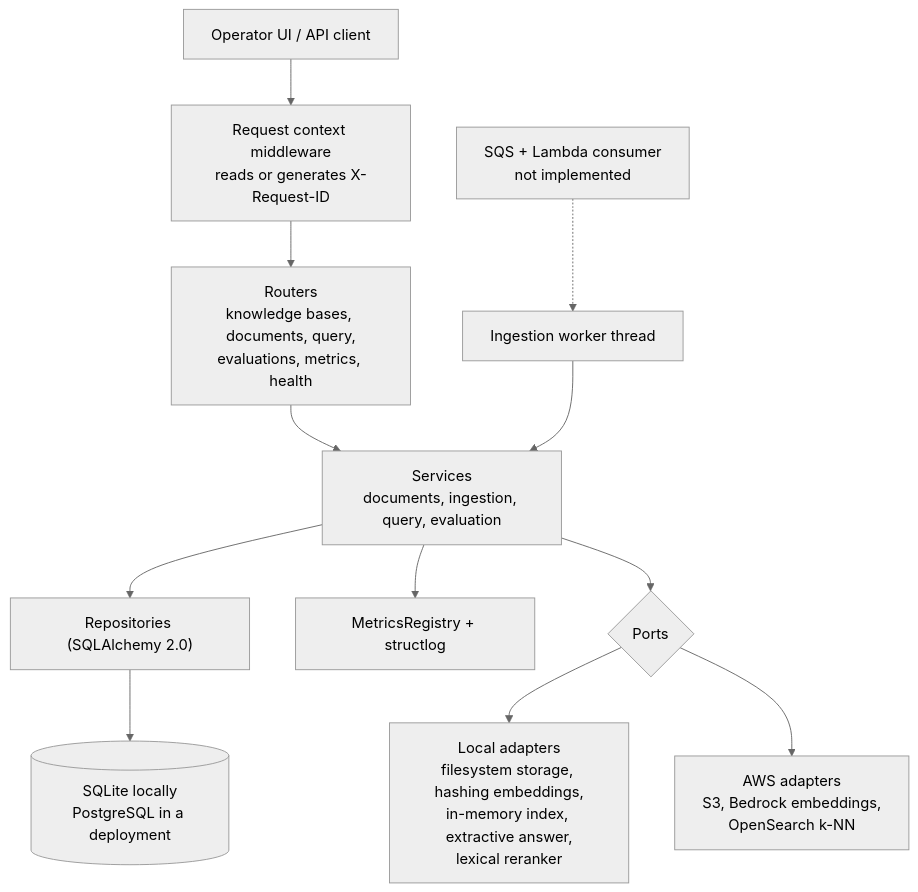
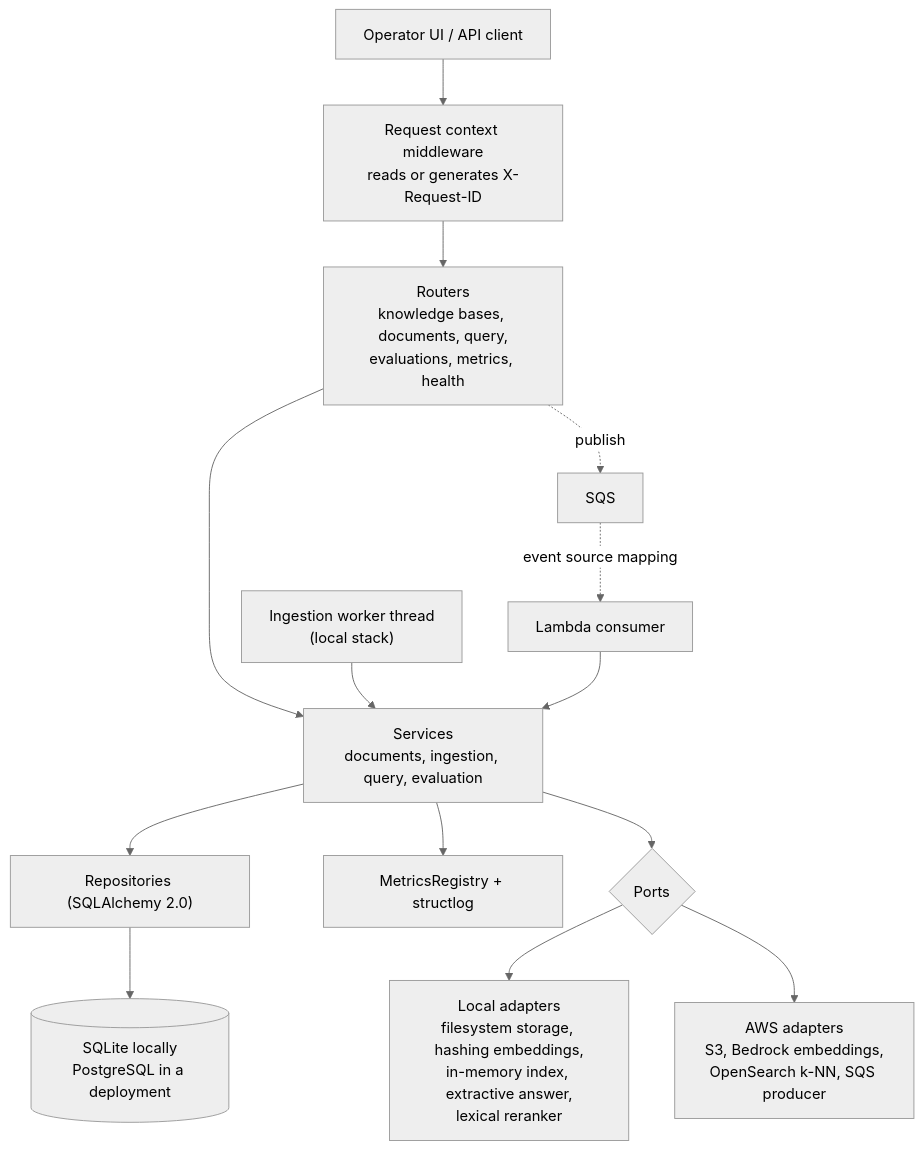
The first of 4 diagrams in README.md (Toy-Chang/Aws-Enterprise-Rag-Platform), drawn with Mermaid (neutral theme) before and after one commit. The commit also changed other lines of this file and 108 other files, not shown here.

````diff
--- a/README.md
+++ b/README.md
@@ -116,14 +120,14 @@
 ```mermaid
 flowchart TD
     Client["Operator UI / API client"] --> MW["Request context middleware<br/>reads or generates X-Request-ID"]
     MW --> Routes["Routers<br/>knowledge bases, documents, query,<br/>evaluations, metrics, health"]
     Routes --> Services["Services<br/>documents, ingestion, query, evaluation"]
     Services --> Repos["Repositories (SQLAlchemy 2.0)"]
     Repos --> DB[("SQLite locally<br/>PostgreSQL in a deployment")]
     Services --> Metrics["MetricsRegistry + structlog"]
     Services --> Ports{"Ports"}
     Ports --> Local["Local adapters<br/>filesystem storage, hashing embeddings,<br/>in-memory index, extractive answer,<br/>lexical reranker"]
-    Ports --> AWS["AWS adapters<br/>S3, Bedrock embeddings,<br/>OpenSearch k-NN"]
-    Worker["Ingestion worker thread"] --> Services
-    Queue["SQS + Lambda consumer<br/>not implemented"] -.-> Worker
+    Ports --> AWS["AWS adapters<br/>S3, Bedrock embeddings,<br/>OpenSearch k-NN, SQS producer"]
+    Worker["Ingestion worker thread<br/>(local stack)"] --> Services
+    Routes -. "publish" .-> Queue["SQS"] -. "event source mapping" .-> Lambda["Lambda consumer"] --> Services
 ```
````
